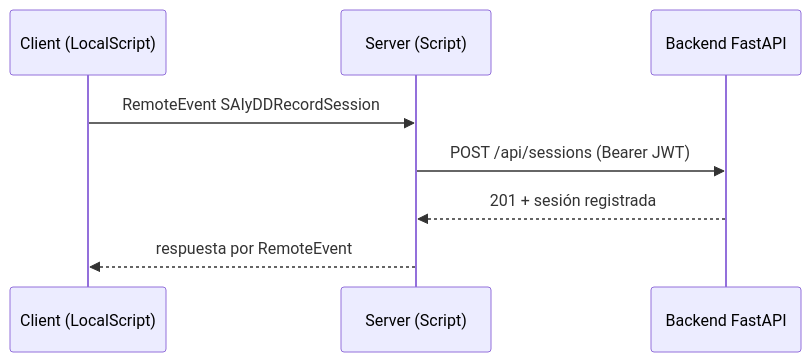
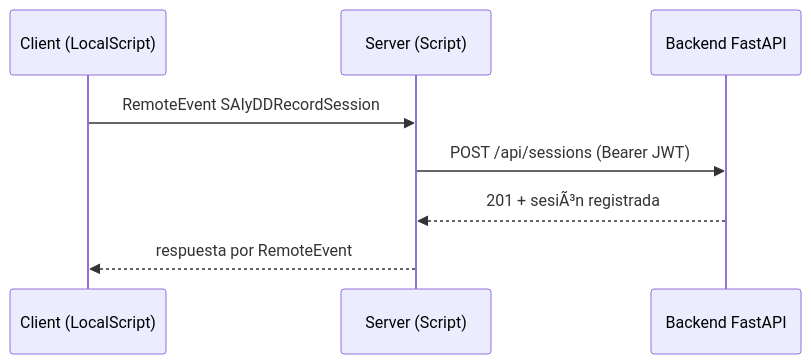
Before and after one commit to gproatechnology/GProA_SAIyDD: the fourth of 4 diagrams in README.md, drawn with Mermaid. The commit also changed other lines of this file and 2 other files, not shown here.

Commit message:
docs(security): complete item 8 (8.1-8.6) review + add secrets.example + update roadmap

````diff
--- a/README.md
+++ b/README.md
@@ -207,10 +207,10 @@
 ```mermaid
 sequenceDiagram
     participant C as Client (LocalScript)
     participant S as Server (Script)
     participant B as Backend FastAPI
     C->>S: RemoteEvent SAIyDDRecordSession
     S->>B: POST /api/sessions (Bearer JWT)
-    B-->>S: 201 + sesión registrada
+    B-->>S: 201 + sesiÃ³n registrada
     S-->>C: respuesta por RemoteEvent
 ```
````
